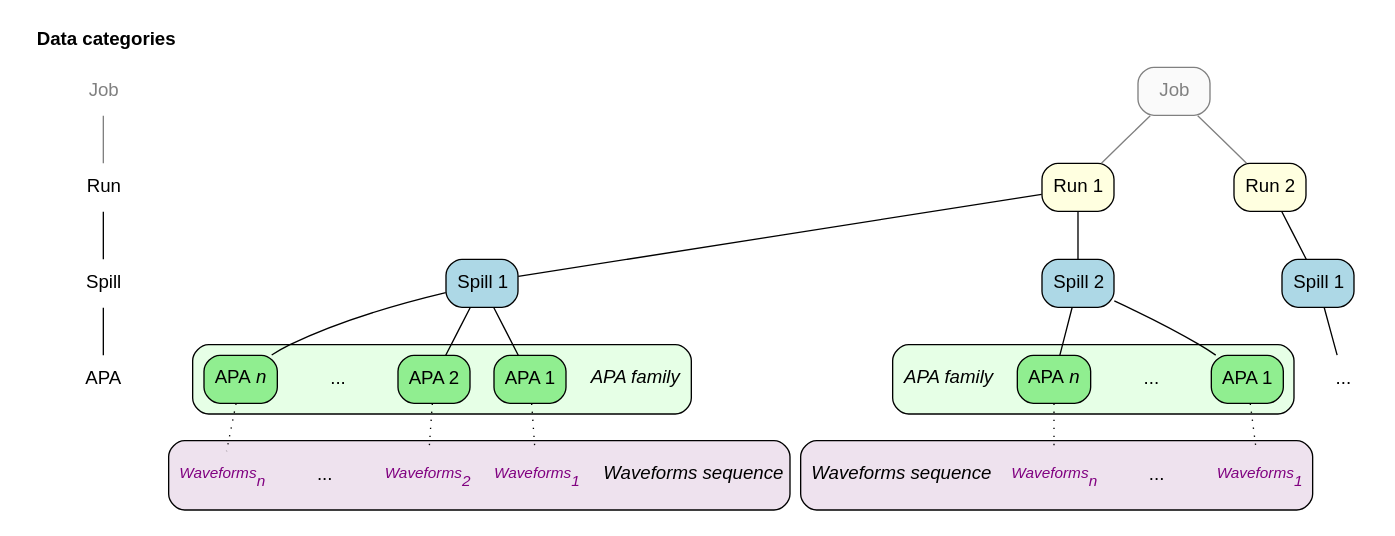
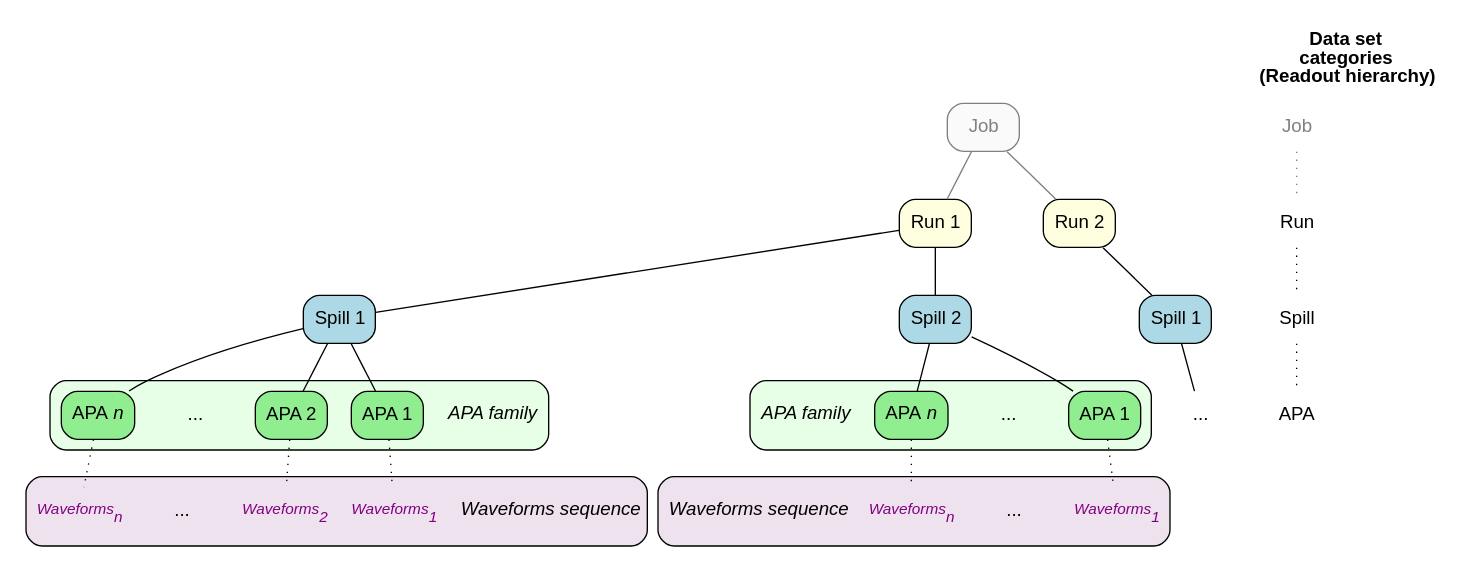
One commit to Framework-R-D/phlex-design changed the diagram in doc/graphviz/data-organization.gv. Above: the diagram before and after it, drawn with Graphviz.

```diff
--- a/doc/graphviz/data-organization.gv
+++ b/doc/graphviz/data-organization.gv
@@ -1,100 +1,102 @@
 digraph {
 
   fontname="Helvetica,Arial"
   node [shape="plaintext" fontname="Helvetica,Arial"]
   edge [arrowhead="none"]
-  subgraph cluster_categories {
-    label=<<b>Data categories</b>>
-    color=none
-
-    job_category [label=<Job> fontcolor="gray"]
-    run_category [label=<Run>]
-    spill_category [label=<Spill>]
-    apa_category [label=<APA>]
-
-    job_category -> run_category [color="gray"]
-    run_category -> spill_category -> apa_category
-  }
-
-  node [shape="box" style="filled,rounded"]
+   node [shape="box" style="filled,rounded"]
 
   job [label=<Job> fillcolor="gray98" fontcolor="gray" color="gray"]
   run1 [label=<Run 1> fillcolor="lightyellow"]
   run2 [label=<Run 2> fillcolor="lightyellow"]
   spill1 [label=<Spill 1> fillcolor="lightblue"]
   spill2 [label=<Spill 2> fillcolor="lightblue"]
   spill3 [label=<Spill 1> fillcolor="lightblue"]
   apa3 [label="..." shape="plaintext" margin=0 style="rounded"]
 
   job -> {run1 run2} [color=gray]
   run1 -> {spill1 spill2}
   run2 -> spill3
   spill3 -> apa3
 
   node [style="rounded,filled" fillcolor="lightgreen"]
   subgraph cluster_apa_family_1 {
      style="filled,rounded"
      fillcolor="#e6ffe6"
 
      family_label_1 [label=<<i>APA family</i>> shape="plaintext" margin=0 style="rounded"]
      apa11 [label=<APA 1>]
      apa12 [label=<APA 2>]
      apa1Dots [label="..." shape="plaintext" margin=0 style="rounded"]
      apa1N [label=<APA <i>n</i>>]
   }
 
   spill1 -> family_label_1 [style=invis]
   spill1 -> apa11
   spill1 -> apa12
   spill1 -> apa1Dots [style=invis]
   spill1 -> apa1N
 
   subgraph cluster_apa_family_2 {
      style="filled,rounded"
      fillcolor="#e6ffe6"
 
      apa21 [label=<APA 1>]
      apa2Dots [label="..." shape="plaintext" margin=0 style="rounded"]
      apa2N [label=<APA <i>n</i>>]
      family_label_2 [label=<<i>APA family</i>> shape="plaintext" margin=0 style="rounded"]
   }
 
   spill2 -> apa21
   spill2 -> apa2Dots [style=invis]
   spill2 -> apa2N
   spill2 -> family_label_2 [style=invis]
 
   node [shape="plaintext" style="rounded" margin="0"]
   subgraph cluster_product_sequence_1 {
      style="filled,rounded"
      fillcolor="#eee2ee"
 
      sequence_label_1 [label=<<i>Waveforms sequence</i>> shape="plaintext" margin=0 style="rounded" fontname="Helvetica,Arial"]
      t11 [label=<<i>Waveforms<sub>1</sub></i>> fontsize=11.5 fontcolor="purple"]
      t12 [label=<<i>Waveforms<sub>2</sub></i>> fontsize=11.5 fontcolor="purple"]
      t1Dots [label="..." shape="plaintext" margin=0 style="rounded" fontname="Helvetica,Arial"]
      t1N [label=<<i>Waveforms<sub>n</sub></i>> fontsize=11.5 fontcolor="purple"]
   }
 
   edge [style=dotted]
   family_label_1 -> sequence_label_1 [style=invis]
   apa11 -> t11
   apa12 -> t12
   apa1Dots -> t1Dots [style=invis]
   apa1N -> t1N
 
   subgraph cluster_product_sequence_2 {
      style="filled,rounded"
      fillcolor="#eee2ee"
 
      sequence_label_2 [label=<<i>Waveforms sequence</i>> shape="plaintext" margin=0 style="rounded" fontname="Helvetica,Arial"]
      t21 [label=<<i>Waveforms<sub>1</sub></i>> fontsize=11.5 fontcolor="purple"]
      t2Dots [label="..." shape="plaintext" margin=0 style="rounded" fontname="Helvetica,Arial"]
      t2N [label=<<i>Waveforms<sub>n</sub></i>> fontsize=11.5 fontcolor="purple"]
   }
 
+ subgraph cluster_readout_categories {
+    label=<<b>Data set<br/>categories<br/>(Readout hierarchy)</b>>
+    color=none
+
+    job_category [label=<Job> fontcolor="gray"]
+    run_category [label=<Run>]
+    spill_category [label=<Spill>]
+    apa_category [label=<APA>]
+
+    job_category -> run_category [color="gray"]
+    run_category -> spill_category -> apa_category
+  }
+
+
+
   family_label_2 -> sequence_label_2 [style=invis]
   apa21 -> t21
   apa2Dots -> t2Dots [style=invis]
   apa2N -> t2N
 }
```
